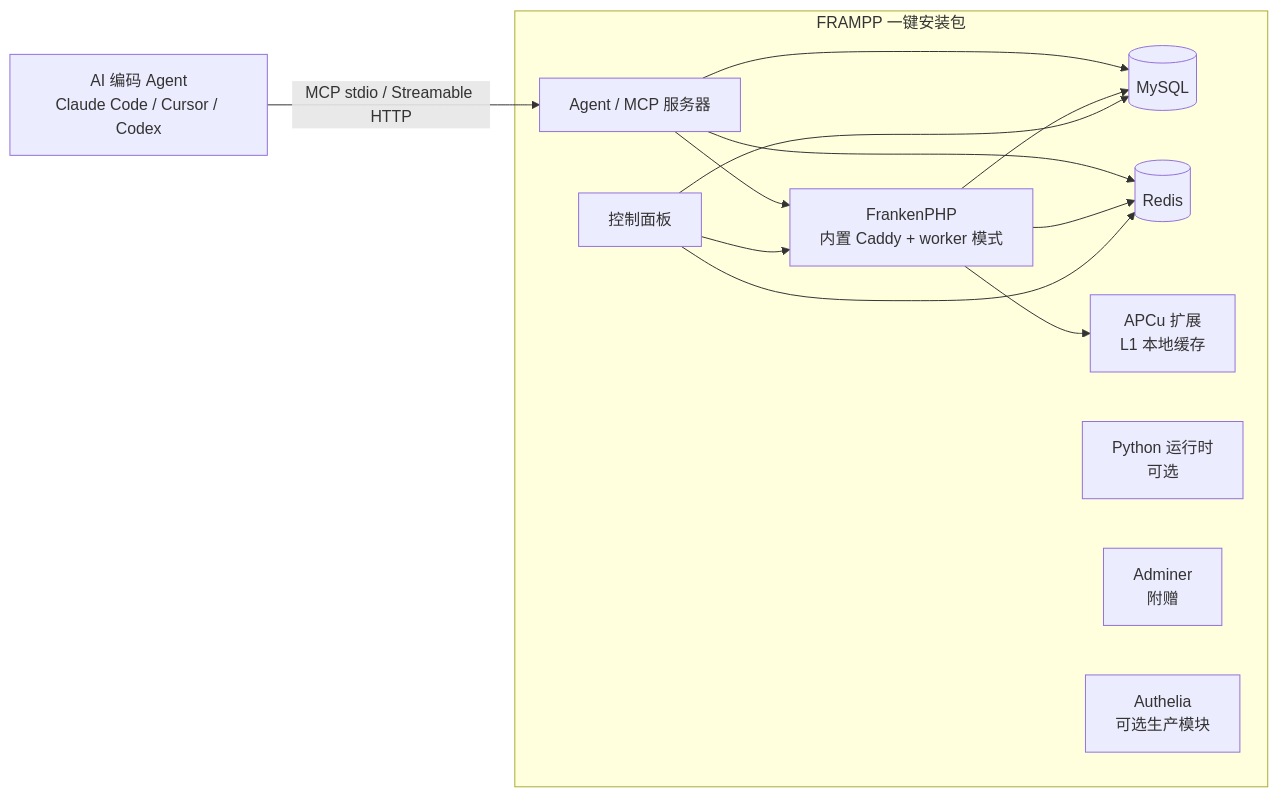
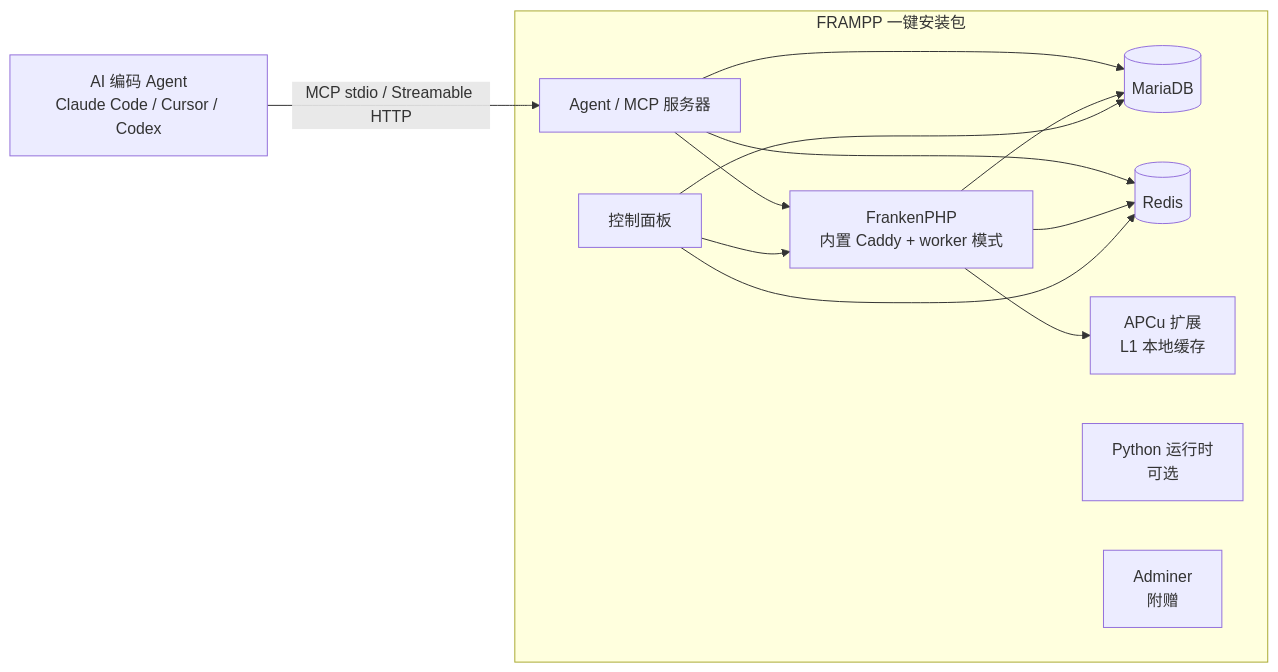
The diagram in docs/blueprint.md (wangbo5825/frampp), drawn with Mermaid before and after one commit. The commit also changed other lines of this file and 1 other file, not shown here.

````diff
--- a/docs/blueprint.md
+++ b/docs/blueprint.md
@@ -54,25 +63,24 @@
 ```mermaid
 flowchart LR
   subgraph FRAMPP[FRAMPP 一键安装包]
     FP[FrankenPHP<br/>内置 Caddy + worker 模式]
-    MYSQL[(MySQL)]
+    MARIA[(MariaDB)]
     REDIS[(Redis)]
     APCU[APCu 扩展<br/>L1 本地缓存]
     AGENT[Agent / MCP 服务器]
     PY[Python 运行时<br/>可选]
     ADMIN[Adminer<br/>附赠]
-    AUTH[Authelia<br/>可选生产模块]
     PANEL[控制面板]
   end
   DEV[AI 编码 Agent<br/>Claude Code / Cursor / Codex]
   DEV -- "MCP stdio / Streamable HTTP" --> AGENT
-  AGENT --> MYSQL
+  AGENT --> MARIA
   AGENT --> REDIS
   AGENT --> FP
-  FP --> MYSQL
+  FP --> MARIA
   FP --> REDIS
   FP --> APCU
   PANEL --> FP
-  PANEL --> MYSQL
+  PANEL --> MARIA
   PANEL --> REDIS
 ```
````
